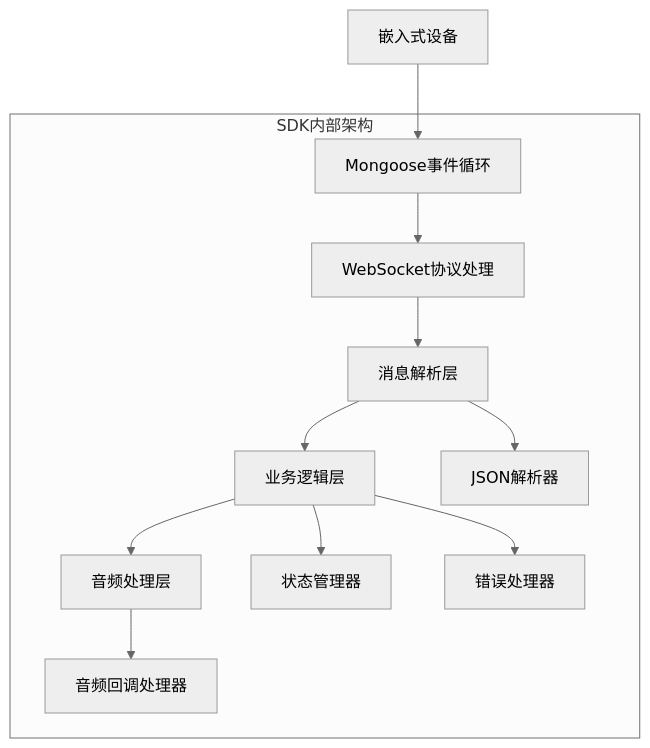
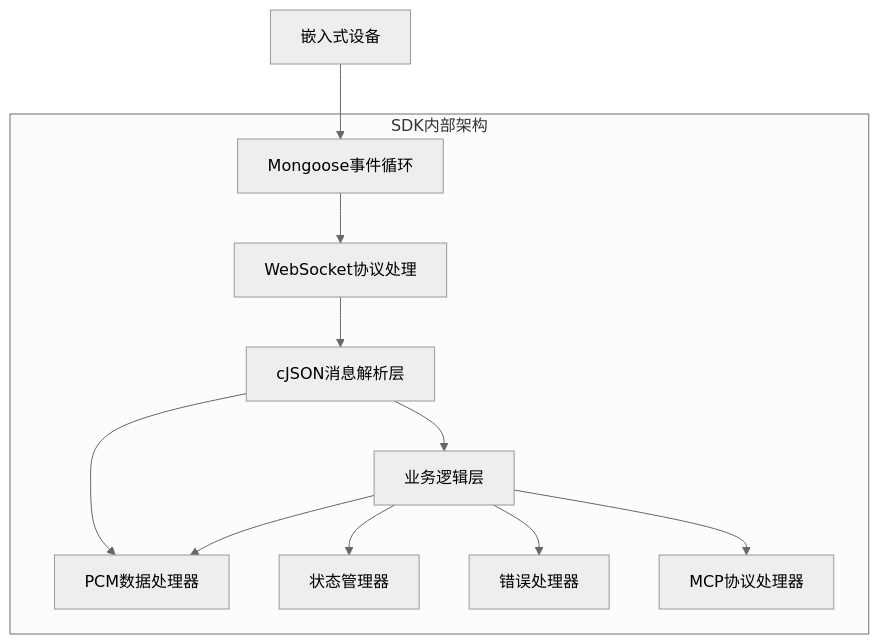
Before and after one commit to sunqirui1987/linx-mongoose: the second of 3 diagrams in .trae/documents/linx_websocket_sdk_architecture.md, drawn with Mermaid (neutral theme). The commit also changed other lines of this file and 17 other files, not shown here.

````diff
--- a/.trae/documents/linx_websocket_sdk_architecture.md
+++ b/.trae/documents/linx_websocket_sdk_architecture.md
@@ -190,25 +247,24 @@
 ```mermaid
 graph TD
     A[嵌入式设备] --> B[Mongoose事件循环]
     B --> C[WebSocket协议处理]
-    C --> D[消息解析层]
+    C --> D[cJSON消息解析层]
     D --> E[业务逻辑层]
-    E --> F[音频处理层]
     
     subgraph "SDK内部架构"
         B
         C
         D
         E
-        F
-        G[JSON解析器]
-        H[音频回调处理器]
-        I[状态管理器]
-        J[错误处理器]
+        F[PCM数据处理器]
+        G[状态管理器]
+        H[错误处理器]
+        I[MCP协议处理器]
         
-        D --> G
-        F --> H
+        D --> F
+        E --> F
+        E --> G
+        E --> H
         E --> I
-        E --> J
     end
 ```
````
